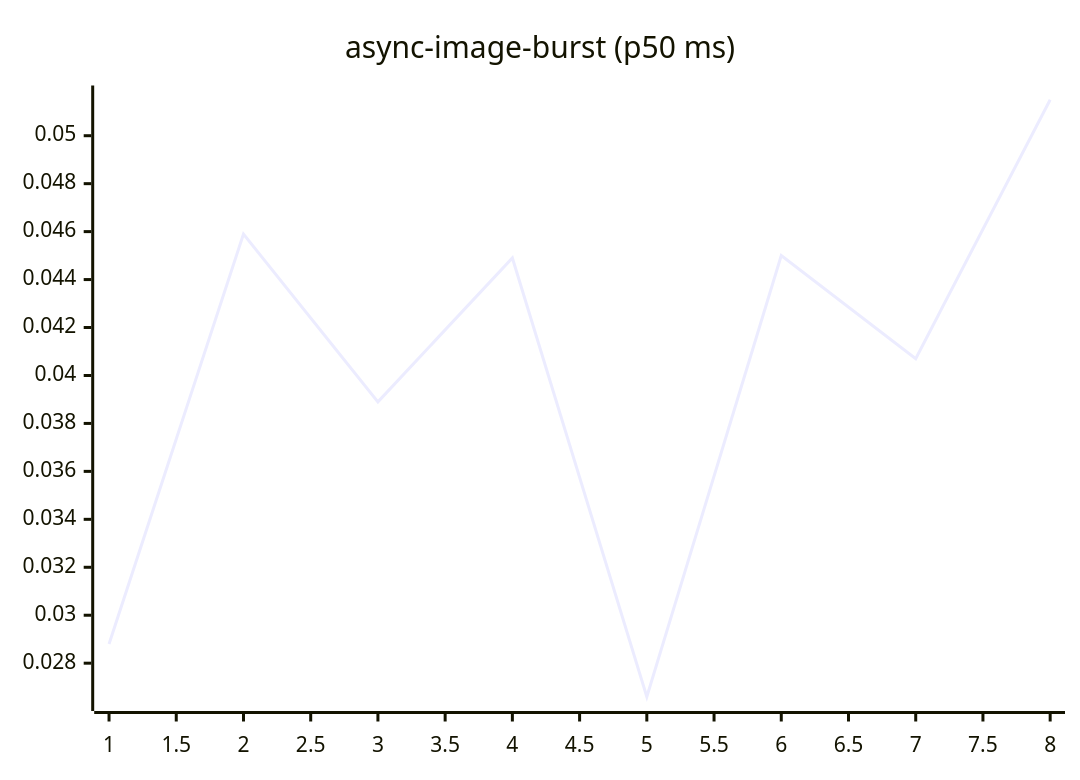
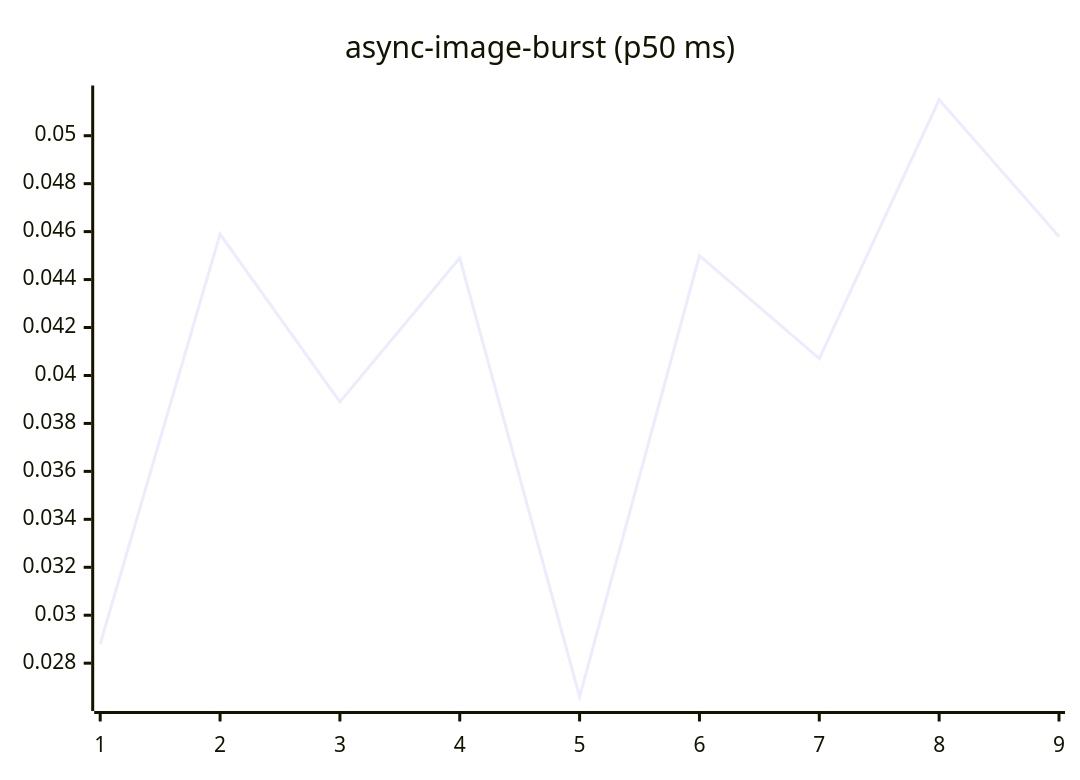
One commit to josha/Facet changed the fourth of 27 diagrams in README.md. Above: the diagram before and after it, drawn with Mermaid. The commit also changed other lines of this file and 2 other files, not shown here.

````diff
--- a/README.md
+++ b/README.md
@@ -84,6 +84,6 @@
 ```mermaid
 xychart-beta
     title "async-image-burst (p50 ms)"
-    x-axis 1 --> 8
-    line [0.0288, 0.0459, 0.0389, 0.0449, 0.0266, 0.0450, 0.0407, 0.0515]
+    x-axis 1 --> 9
+    line [0.0288, 0.0459, 0.0389, 0.0449, 0.0266, 0.0450, 0.0407, 0.0515, 0.0458]
 ```
````
